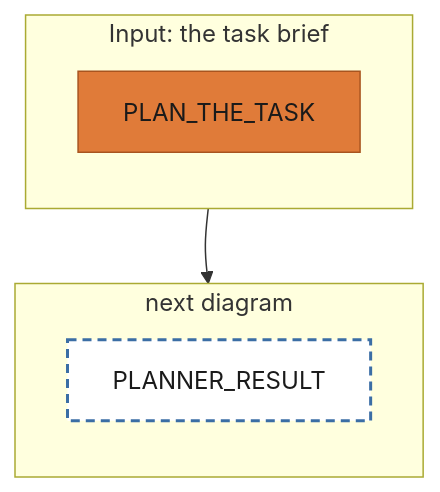
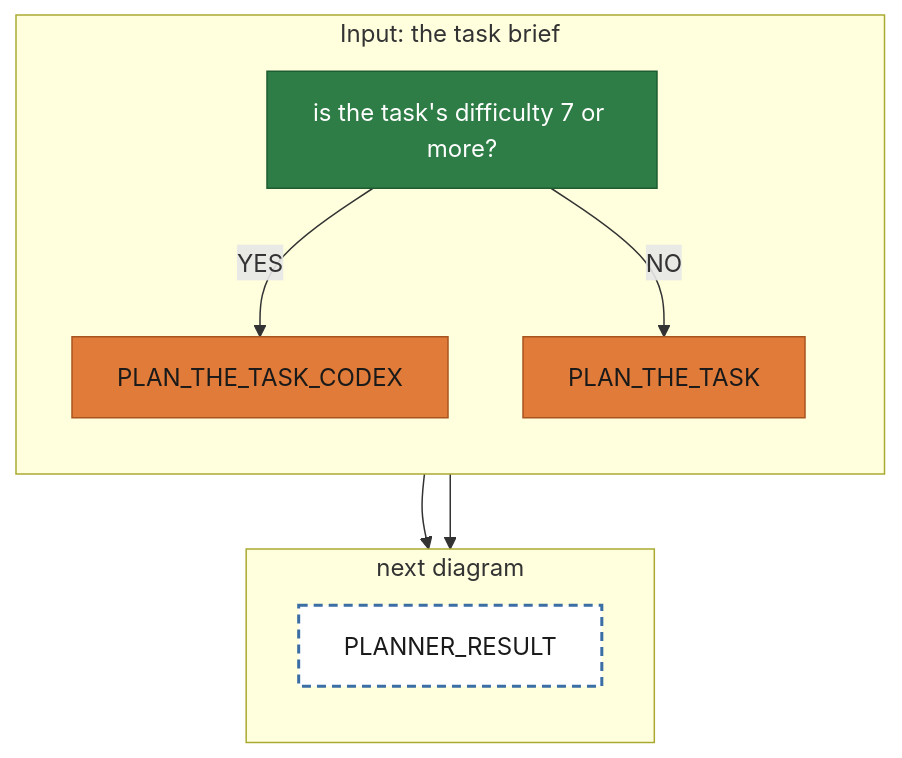
Before and after one commit to matkatmusic/taskTools: the diagram in diagrams/tackle-tasks/pipeline-planTheTask.mmd, drawn with Mermaid. The commit also changed 99 other files, not shown here.

```diff
--- a/diagrams/tackle-tasks/pipeline-planTheTask.mmd
+++ b/diagrams/tackle-tasks/pipeline-planTheTask.mmd
@@ -1,22 +1,28 @@
 flowchart TB
-%% One orange block. The hook walks in from a dashed PLAN_THE_TASK block, prints the prompt, and stops.
+%% One script box, then one orange block per branch. The hook walks in from a dashed IS_DIFFICULTY_7_PLUS_Q block, prints the prompt, and stops.
 
   subgraph planTheTask ["Input: the task brief"]
     direction TB
+    IS_DIFFICULTY_7_PLUS_Q["is the task's difficulty 7 or more?"]
+    PLAN_THE_TASK_CODEX["PLAN_THE_TASK_CODEX"]
     PLAN_THE_TASK["PLAN_THE_TASK"]
   end
   subgraph planTheTaskNext ["next diagram"]
     direction TB
     WHAT_DID_THE_PLANNER_RETURN["PLANNER_RESULT"]
   end
   planTheTask ~~~ planTheTaskNext
 
+  IS_DIFFICULTY_7_PLUS_Q -- "YES" --> PLAN_THE_TASK_CODEX
+  IS_DIFFICULTY_7_PLUS_Q -- "NO" --> PLAN_THE_TASK
+  PLAN_THE_TASK_CODEX --> WHAT_DID_THE_PLANNER_RETURN
   PLAN_THE_TASK --> WHAT_DID_THE_PLANNER_RETURN
 
   classDef script fill:#2f7d46,stroke:#1e5c31,color:#ffffff
   classDef returns_a_prompt fill:#e07b39,stroke:#a8541f,color:#1a1a1a
   classDef fail fill:red,stroke:#254a70,color:#ffffff
   classDef output fill:#3b6ea5,stroke:#254a70,color:#ffffff
   classDef next_diagram fill:#ffffff,stroke:#3b6ea5,stroke-width:2px,stroke-dasharray:6 4,color:#1a1a1a
-  class PLAN_THE_TASK returns_a_prompt
+  class IS_DIFFICULTY_7_PLUS_Q script
+  class PLAN_THE_TASK,PLAN_THE_TASK_CODEX returns_a_prompt
   class WHAT_DID_THE_PLANNER_RETURN next_diagram
```
